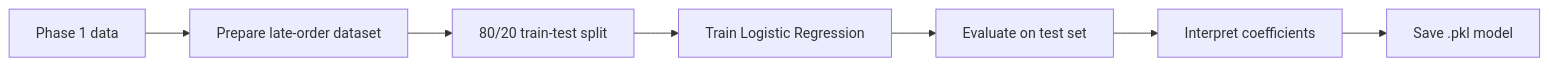
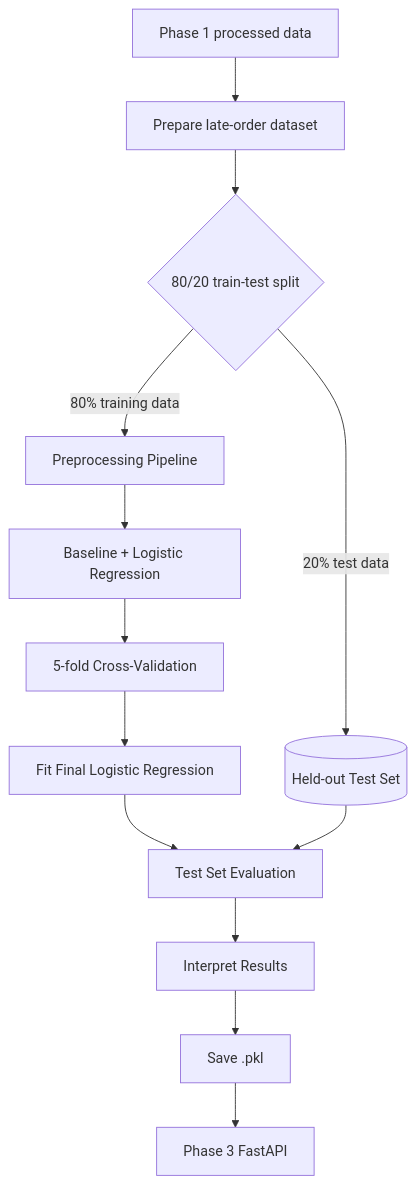
Before and after one commit to Voycepeh/Team01_IT5006_Ecommerce_Analytics_AY2627Sem1: the diagram in docs/phase2-classification-workflow.md, drawn with Mermaid.

Commit message:
Show train and test paths in Phase 2 diagram

````diff
--- a/docs/phase2-classification-workflow.md
+++ b/docs/phase2-classification-workflow.md
@@ -17,9 +17,18 @@
 ```mermaid
-flowchart LR
-    A[Phase 1 data] --> B[Prepare late-order dataset]
-    B --> C[80/20 train-test split]
-    C --> D[Train Logistic Regression]
-    D --> E[Evaluate on test set]
-    E --> F[Interpret coefficients]
-    F --> G[Save .pkl model]
+flowchart TD
+    A[Phase 1 processed data] --> B[Prepare late-order dataset]
+    B --> C{80/20 train-test split}
+
+    C -->|80% training data| D[Preprocessing Pipeline]
+    D --> E[Baseline + Logistic Regression]
+    E --> F[5-fold Cross-Validation]
+    F --> G[Fit Final Logistic Regression]
+
+    C -->|20% test data| H[(Held-out Test Set)]
+    G --> I[Test Set Evaluation]
+    H --> I
+
+    I --> J[Interpret Results]
+    J --> K[Save .pkl]
+    K --> L[Phase 3 FastAPI]
 ```
````
